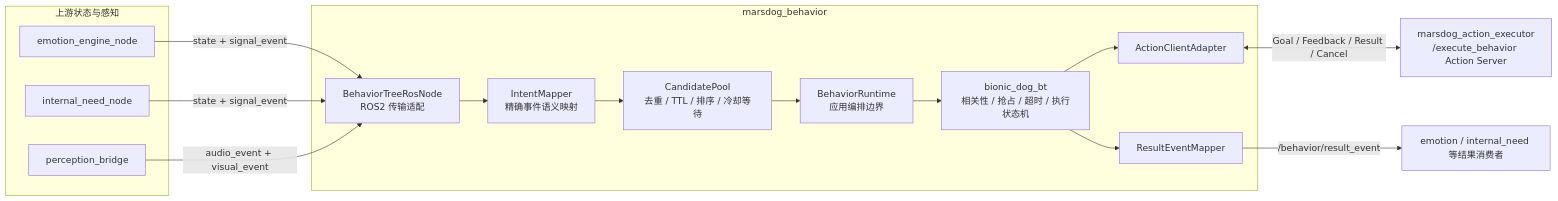
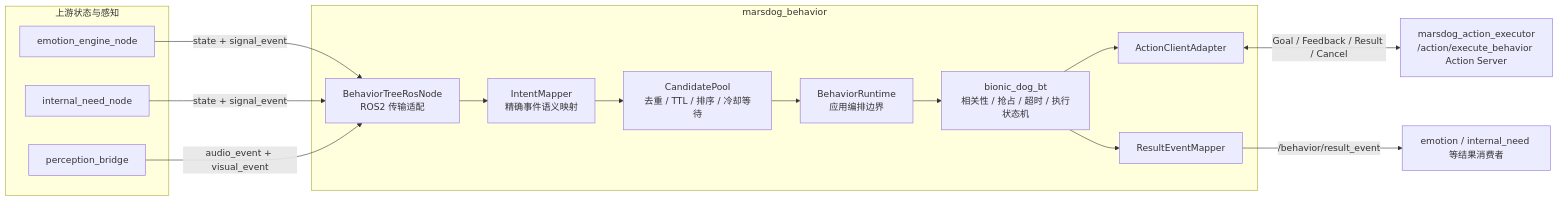
The first of 2 diagrams in modules/behavior/docs/architecture.md (yoloxbb/MarsDogPlatform), drawn with Mermaid before and after one commit. The commit also changed other lines of this file and 432 other files, not shown here.

````diff
--- a/modules/behavior/docs/architecture.md
+++ b/modules/behavior/docs/architecture.md
@@ -7,28 +7,28 @@
 ```mermaid
 flowchart LR
     subgraph Upstream[上游状态与感知]
         E[emotion_engine_node]
         N[internal_need_node]
         P[perception_bridge]
     end
 
     subgraph Behavior[marsdog_behavior]
         IO[BehaviorTreeRosNode<br/>ROS2 传输适配]
         MAP[IntentMapper<br/>精确事件语义映射]
         POOL[CandidatePool<br/>去重 / TTL / 排序 / 冷却等待]
         RT[BehaviorRuntime<br/>应用编排边界]
         BT[bionic_dog_bt<br/>相关性 / 抢占 / 超时 / 执行状态机]
         AC[ActionClientAdapter]
         RM[ResultEventMapper]
     end
 
-    EX[marsdog_action_executor<br/>/execute_behavior Action Server]
+    EX[marsdog_action_executor<br/>/action/execute_behavior Action Server]
     CONSUMER[emotion / internal_need 等结果消费者]
 
     E -->|state + signal_event| IO
     N -->|state + signal_event| IO
     P -->|audio_event + visual_event| IO
     IO --> MAP --> POOL --> RT --> BT --> AC
     AC <-->|Goal / Feedback / Result / Cancel| EX
     BT --> RM -->|/behavior/result_event| CONSUMER
 ```
````
